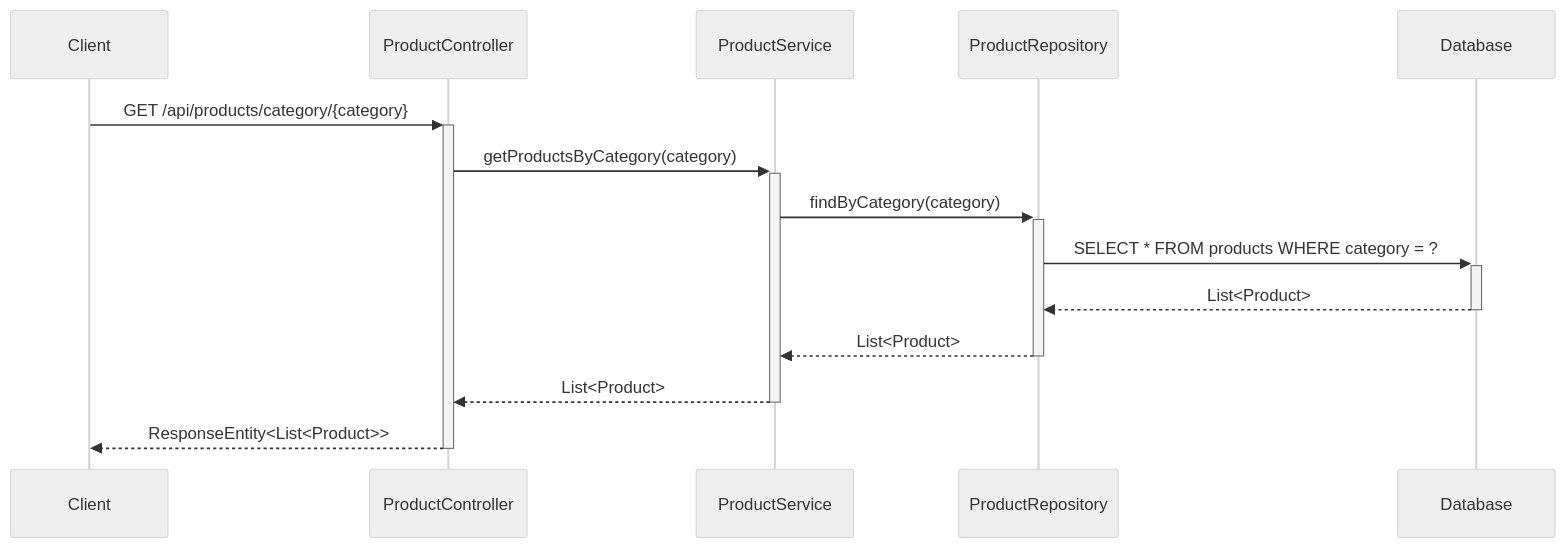
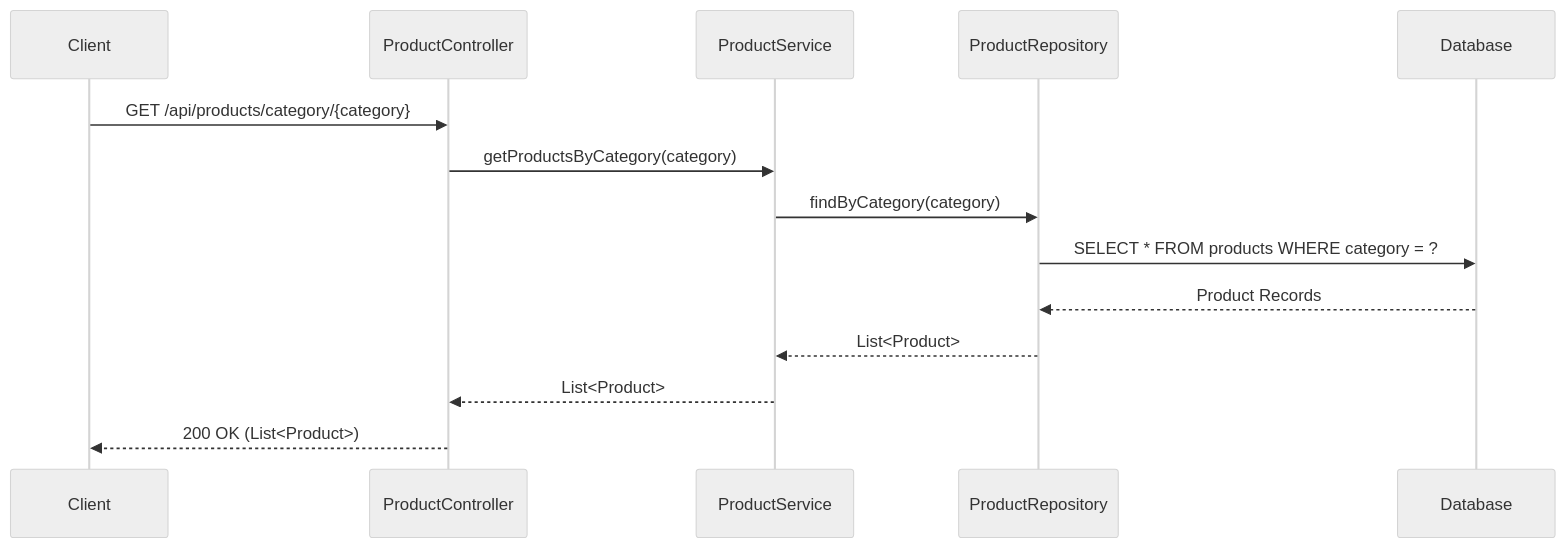
One commit to NavneetBN47/aava-ecom-demo changed the eighth of 13 diagrams in docs/LLD/lld.md. Above: the diagram before and after it, drawn with Mermaid (neutral theme). The commit also changed other lines of this file, not shown here.

````diff
--- a/docs/LLD/lld.md
+++ b/docs/LLD/lld.md
@@ -346,17 +351,17 @@
 ```mermaid
 sequenceDiagram
     participant Client
     participant ProductController
     participant ProductService
     participant ProductRepository
     participant Database
-    
-    Client->>+ProductController: GET /api/products/category/{category}
-    ProductController->>+ProductService: getProductsByCategory(category)
-    ProductService->>+ProductRepository: findByCategory(category)
-    ProductRepository->>+Database: SELECT * FROM products WHERE category = ?
-    Database-->>-ProductRepository: List<Product>
-    ProductRepository-->>-ProductService: List<Product>
-    ProductService-->>-ProductController: List<Product>
-    ProductController-->>-Client: ResponseEntity<List<Product>>
+
+    Client->>ProductController: GET /api/products/category/{category}
+    ProductController->>ProductService: getProductsByCategory(category)
+    ProductService->>ProductRepository: findByCategory(category)
+    ProductRepository->>Database: SELECT * FROM products WHERE category = ?
+    Database-->>ProductRepository: Product Records
+    ProductRepository-->>ProductService: List<Product>
+    ProductService-->>ProductController: List<Product>
+    ProductController-->>Client: 200 OK (List<Product>)
 ```
````
